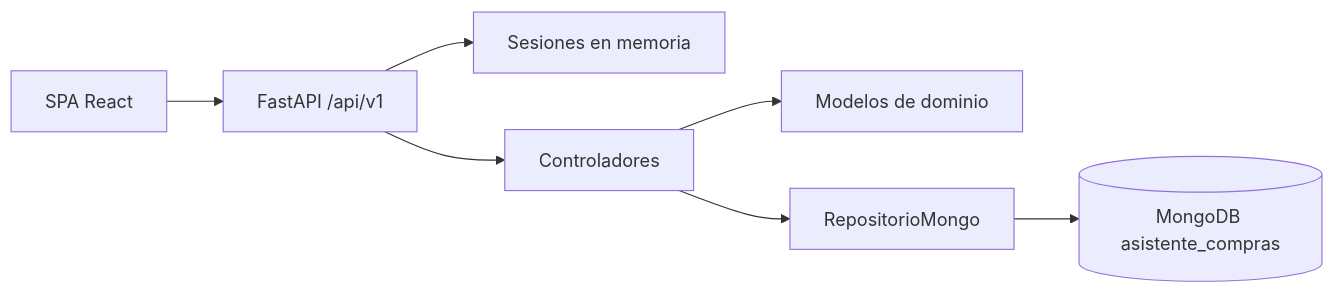
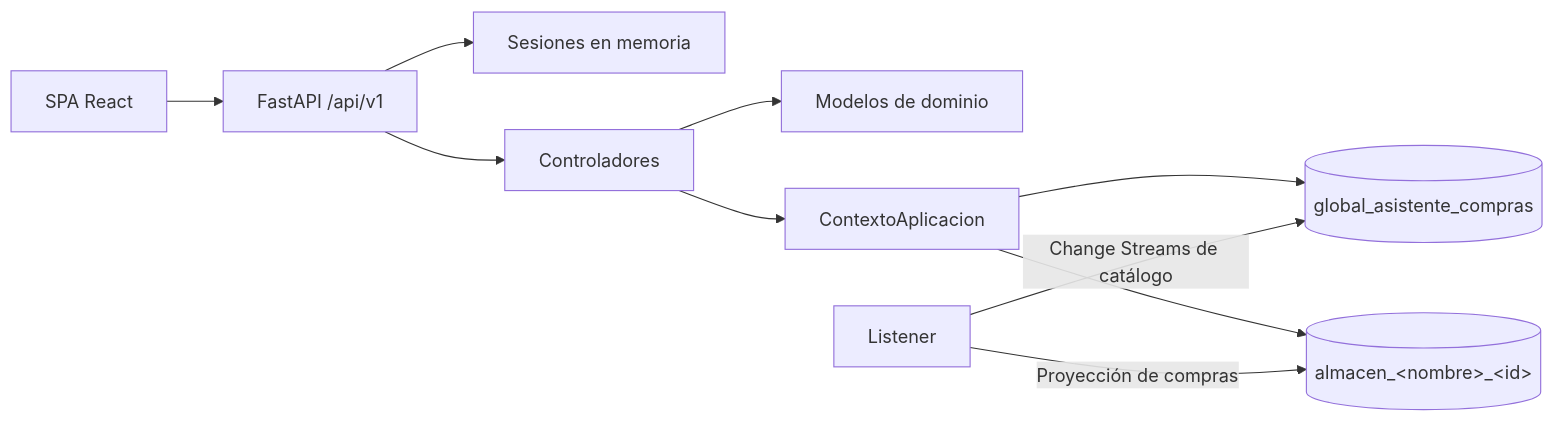
Before and after one commit to JimmyPiedrahita/asistente_compras: the first of 2 diagrams in docs/ARQUITECTURA.md, drawn with Mermaid. The commit also changed other lines of this file and 52 other files, not shown here.

````diff
--- a/docs/ARQUITECTURA.md
+++ b/docs/ARQUITECTURA.md
@@ -9,9 +9,12 @@
 ```mermaid
 flowchart LR
     UI[SPA React] --> API[FastAPI /api/v1]
     API --> SES[Sesiones en memoria]
     API --> CTRL[Controladores]
     CTRL --> MOD[Modelos de dominio]
-    CTRL --> REPO[RepositorioMongo]
-    REPO --> DB[(MongoDB asistente_compras)]
+    CTRL --> CTX[ContextoAplicacion]
+    CTX --> GLOBAL[(global_asistente_compras)]
+    CTX --> ALM[(almacen_&lt;nombre&gt;_&lt;id&gt;)]
+    LIST[Listener] -->|Change Streams de catálogo| GLOBAL
+    LIST -->|Proyección de compras| ALM
 ```
````
